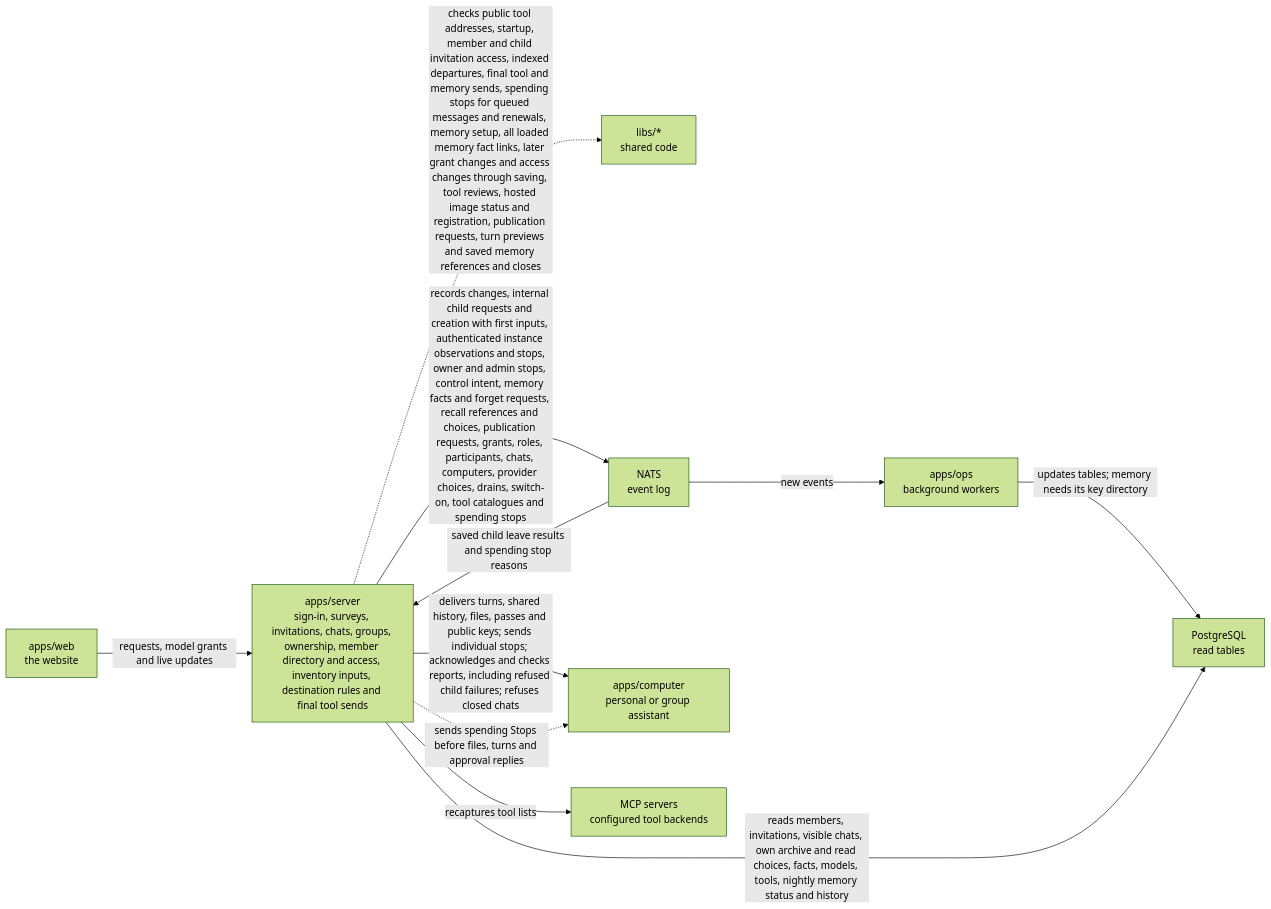
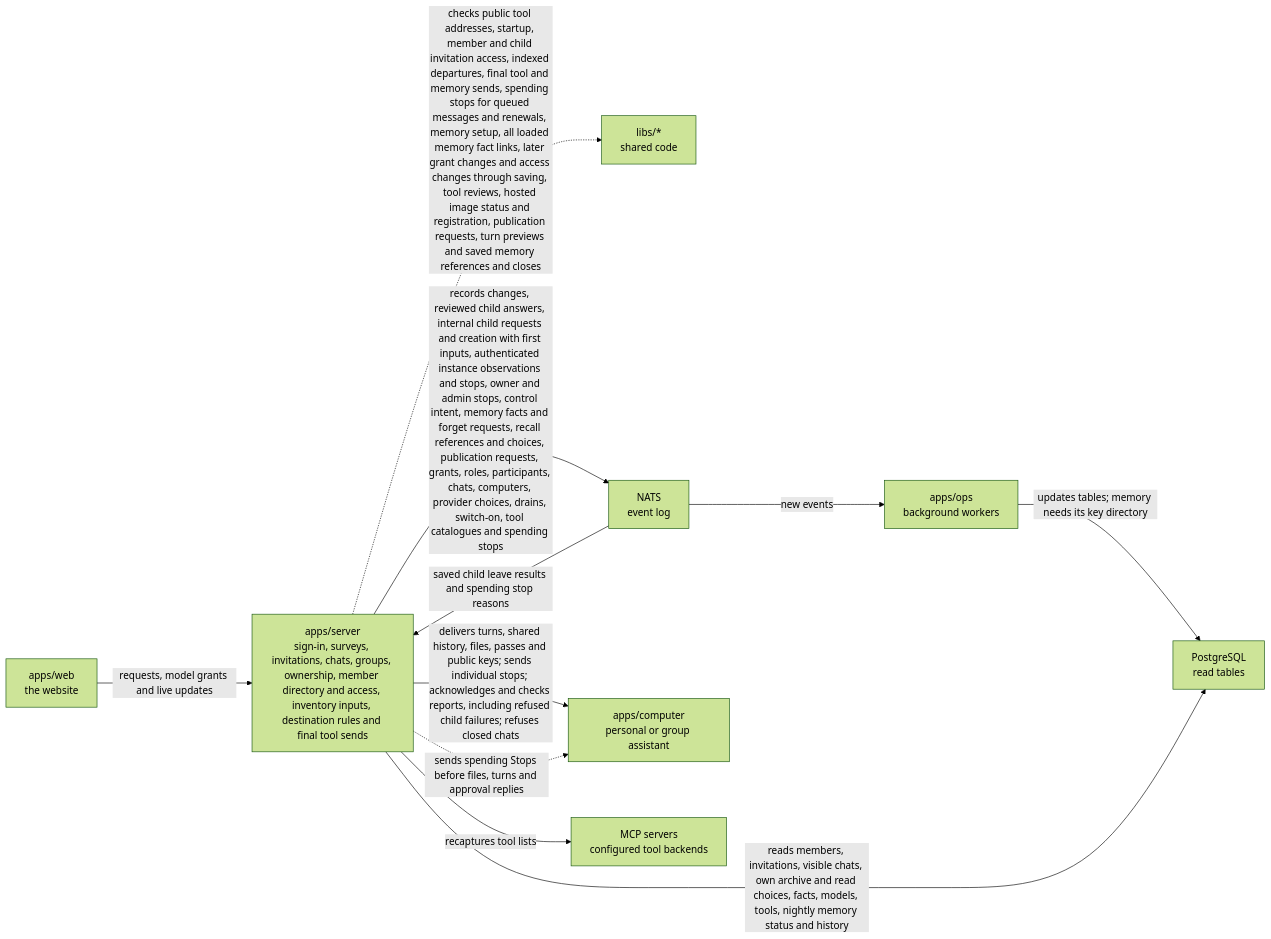
The diagram in apps/server/README.md (elewa-git/opencrane-new), drawn with Mermaid (forest theme) before and after one commit. The commit also changed other lines of this file and 16 other files, not shown here.

Commit message:
🧵 Publish reviewed final child answers to their parent chat

````diff
--- a/apps/server/README.md
+++ b/apps/server/README.md
@@ -11,13 +11,13 @@
 ```mermaid
 flowchart LR
   web["apps/web<br/>the website"] -->|requests, model grants and live updates| server["apps/server<br/>sign-in, surveys, invitations, chats, groups, ownership, member directory and access, inventory inputs, destination rules and final tool sends"]
   server -.->|checks public tool addresses, startup, member and child invitation access, indexed departures, final tool and memory sends, spending stops for queued messages and renewals, memory setup, all loaded memory fact links, later grant changes and access changes through saving, tool reviews, hosted image status and registration, publication requests, turn previews and saved memory references and closes| libs["libs/*<br/>shared code"]
-  server -->|records changes, internal child requests and creation with first inputs, authenticated instance observations and stops, owner and admin stops, control intent, memory facts and forget requests, recall references and choices, publication requests, grants, roles, participants, chats, computers, provider choices, drains, switch-on, tool catalogues and spending stops| nats["NATS<br/>event log"]
+  server -->|records changes, reviewed child answers, internal child requests and creation with first inputs, authenticated instance observations and stops, owner and admin stops, control intent, memory facts and forget requests, recall references and choices, publication requests, grants, roles, participants, chats, computers, provider choices, drains, switch-on, tool catalogues and spending stops| nats["NATS<br/>event log"]
   nats -->|saved child leave results and spending stop reasons| server
   nats -->|new events| ops["apps/ops<br/>background workers"]
   ops -->|updates tables; memory needs its key directory| postgres["PostgreSQL<br/>read tables"]
   server -->|reads members, invitations, visible chats, own archive and read choices, facts, models, tools, nightly memory status and history| postgres
   server -->|delivers turns, shared history, files, passes and public keys; sends individual stops; acknowledges and checks reports, including refused child failures; refuses closed chats| computer["apps/computer<br/>personal or group assistant"]
   server -->|recaptures tool lists| mcp["MCP servers<br/>configured tool backends"]
   server -.->|sends spending Stops before files, turns and approval replies| computer
 ```
````
